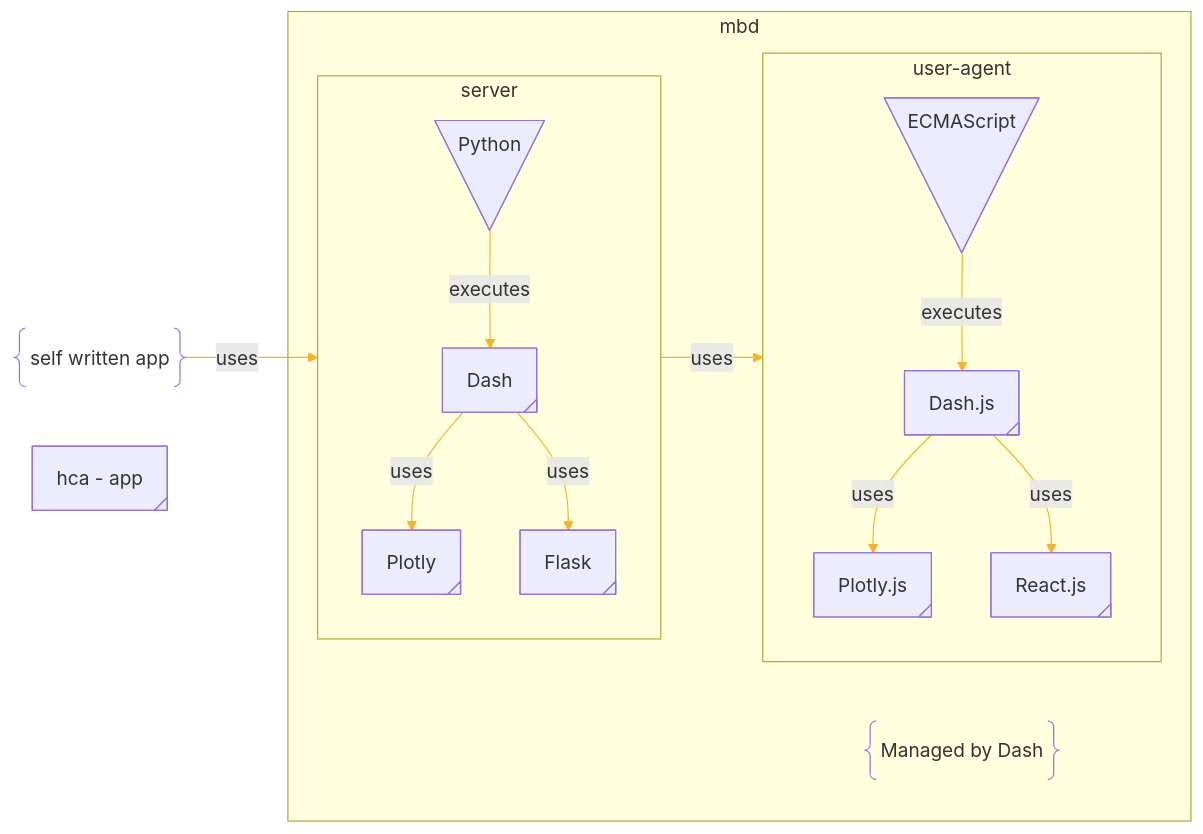
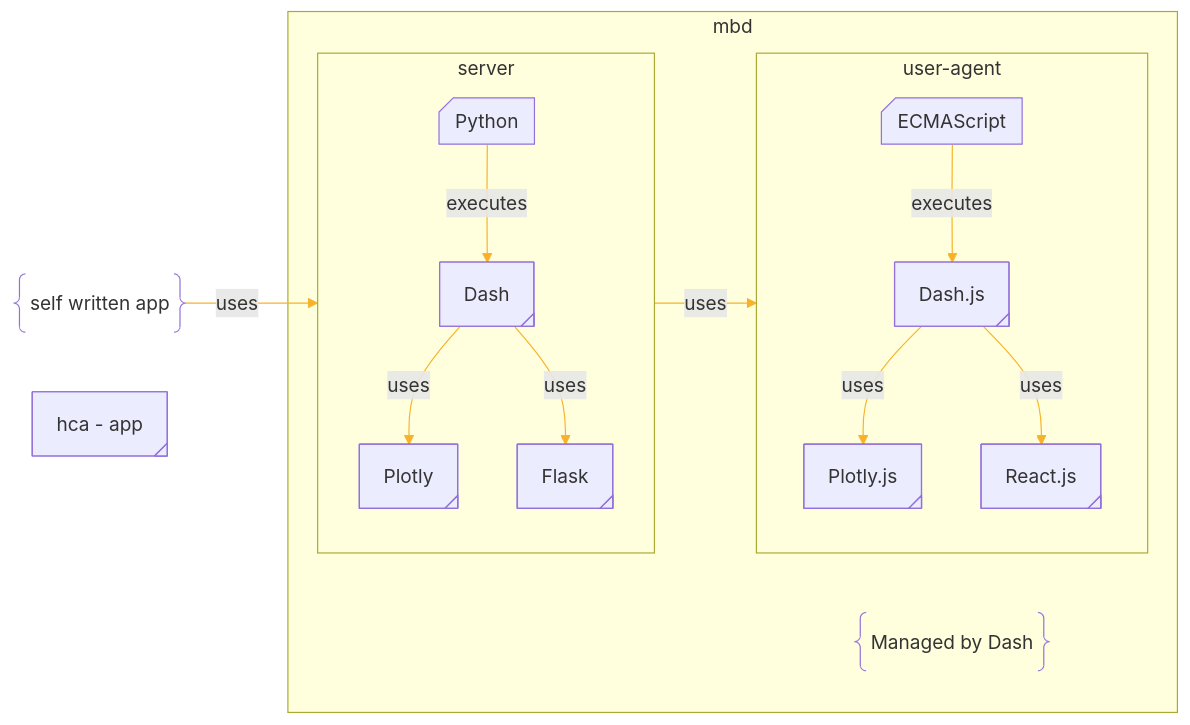
The diagram in doq/dash_worx.md (SchrodtSven/hca), drawn with Mermaid before and after one commit. The commit also changed 9 other files, not shown here.

Commit message:
Adding diagrams

````diff
--- a/doq/dash_worx.md
+++ b/doq/dash_worx.md
@@ -1,55 +1,55 @@
 ```mermaid
 ---
 config:
   look: default
   theme: handDrawn
   themeVariables:
     primaryColor: '#BB2528'
     primaryTextColor: '#fff'
     primaryBorderColor: '#7C0000'
     lineColor: '#F8B229'
     secondaryColor: '#006100'
     tertiaryColor: '#fff'
 ---
 flowchart LR
     app_hca@{ shape: braces, label: "self written app"}
    
-    A@{ shape: manual-file, label: "Python"}
+    A@{ shape: card, label: "Python"}
     B@{ shape: tag-rect, label: "Dash"}
     C@{ shape: tag-rect, label: "Plotly"}
     D@{ shape: tag-rect, label: "Flask"}
     E@{ shape: braces, label: "Managed by Dash"}
     
     F@{ shape: tag-rect, label: "hca - app"}
     
     F
     app_hca-- uses -->server--  uses -->user-agent
    subgraph mbd
       E
       
 
       subgraph server
         A-- executes -->B
         B-- uses -->C
         B-- uses -->D
         
       end
 
       
-      js@{ shape: manual-file, label: "ECMAScript"}
+      js@{ shape: card, label: "ECMAScript"}
       d_js@{ shape: tag-rect, label: "Dash.js"}
       p_js@{ shape: tag-rect, label: "Plotly.js"}
       r_js@{ shape: tag-rect, label: "React.js"}
 
       subgraph user-agent
         js-- executes -->d_js
         d_js-- uses -->p_js
         d_js-- uses -->r_js
        
       end
   end
     
    
     
 
 ```
````
